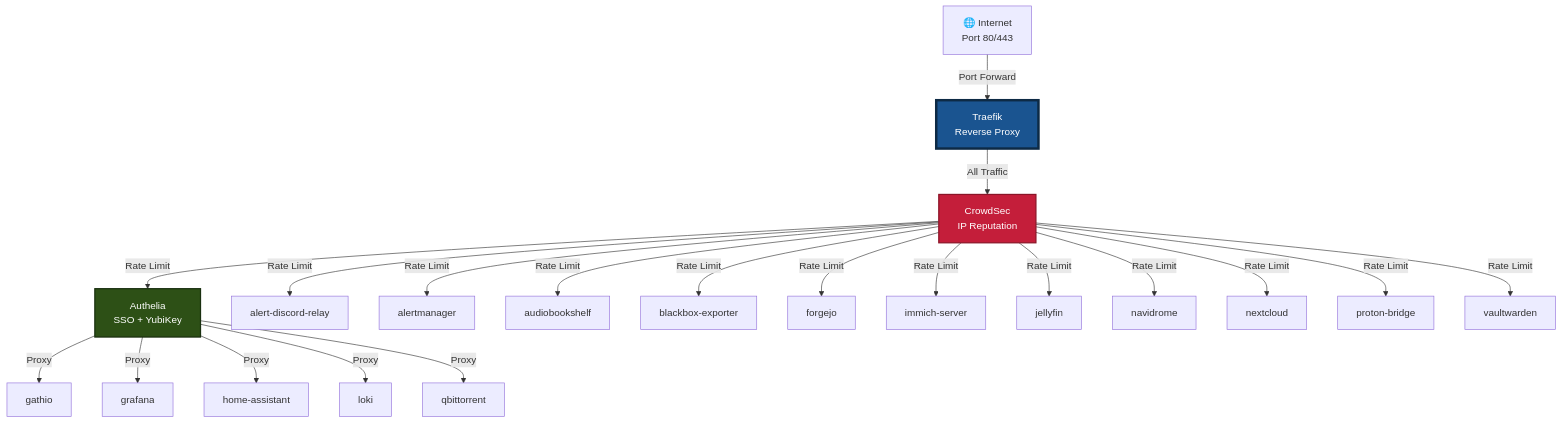
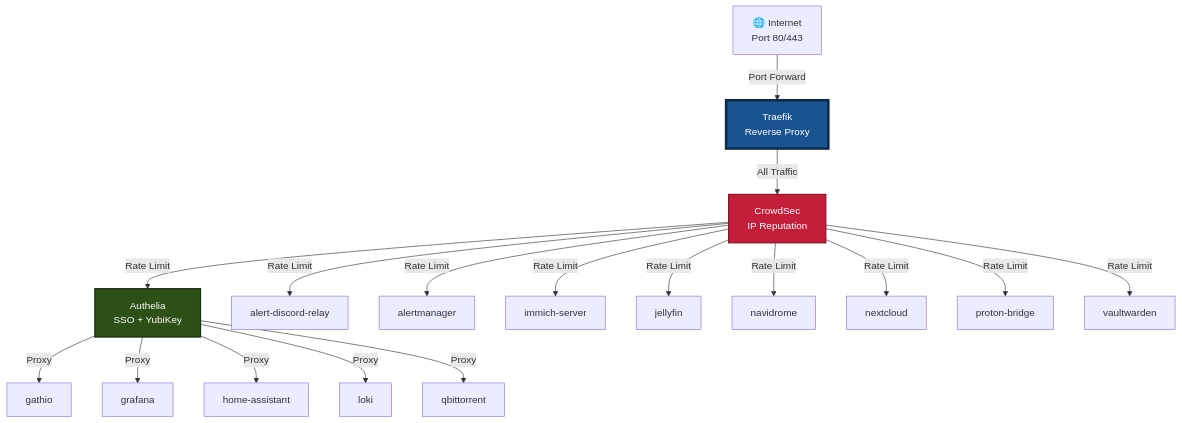
The first of 3 diagrams in docs/AUTO-NETWORK-TOPOLOGY.md (vonrobak/fedora-homelab-containers), drawn with Mermaid before and after one commit. The commit also changed other lines of this file and 3 other files, not shown here.

````diff
--- a/docs/AUTO-NETWORK-TOPOLOGY.md
+++ b/docs/AUTO-NETWORK-TOPOLOGY.md
@@ -12,34 +12,31 @@
 ```mermaid
 graph TB
     Internet[🌐 Internet<br/>Port 80/443]
     Internet -->|Port Forward| Traefik[Traefik<br/>Reverse Proxy]
 
     %% All traffic goes through CrowdSec first
     Traefik -->|All Traffic| CrowdSec[CrowdSec<br/>IP Reputation]
 
     %% Services requiring Authelia SSO
     CrowdSec -->|Rate Limit| Authelia[Authelia<br/>SSO + YubiKey]
     Authelia -->|Proxy| gathio[gathio]
     Authelia -->|Proxy| grafana[grafana]
     Authelia -->|Proxy| home_assistant[home-assistant]
     Authelia -->|Proxy| loki[loki]
     Authelia -->|Proxy| qbittorrent[qbittorrent]
 
     %% Services with native authentication (bypass Authelia)
     CrowdSec -->|Rate Limit| alert_discord_relay[alert-discord-relay]
     CrowdSec -->|Rate Limit| alertmanager[alertmanager]
-    CrowdSec -->|Rate Limit| audiobookshelf[audiobookshelf]
-    CrowdSec -->|Rate Limit| blackbox_exporter[blackbox-exporter]
-    CrowdSec -->|Rate Limit| forgejo[forgejo]
     CrowdSec -->|Rate Limit| immich_server[immich-server]
     CrowdSec -->|Rate Limit| jellyfin[jellyfin]
     CrowdSec -->|Rate Limit| navidrome[navidrome]
     CrowdSec -->|Rate Limit| nextcloud[nextcloud]
     CrowdSec -->|Rate Limit| proton_bridge[proton-bridge]
     CrowdSec -->|Rate Limit| vaultwarden[vaultwarden]
 
     %% Styling
     style Traefik fill:#1a5490,stroke:#0d2a45,stroke-width:4px,color:#fff
     style CrowdSec fill:#c41e3a,stroke:#8b1528,stroke-width:2px,color:#fff
     style Authelia fill:#2d5016,stroke:#1a3010,stroke-width:2px,color:#fff
 ```
````
